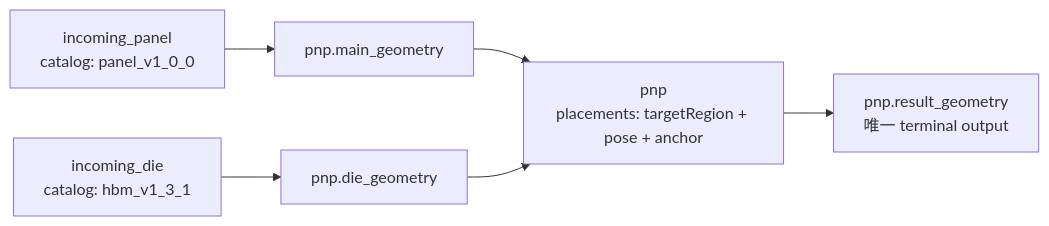
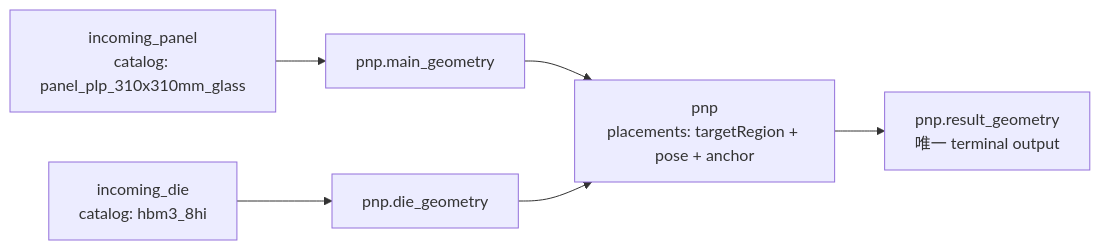
The second of 6 diagrams in docs/data-model.md (henry861010/process_flow_v2), drawn with Mermaid before and after one commit. The commit also changed other lines of this file and 34 other files, not shown here.

````diff
--- a/docs/data-model.md
+++ b/docs/data-model.md
@@ -124,8 +124,8 @@
 ```mermaid
 flowchart LR
-  Panel["incoming_panel<br/>catalog: panel_v1_0_0"] --> Main["pnp.main_geometry"]
-  Die["incoming_die<br/>catalog: hbm_v1_3_1"] --> Aux["pnp.die_geometry"]
+  Panel["incoming_panel<br/>catalog: panel_plp_310x310mm_glass"] --> Main["pnp.main_geometry"]
+  Die["incoming_die<br/>catalog: hbm3_8hi"] --> Aux["pnp.die_geometry"]
   Main --> PnP["pnp<br/>placements: targetRegion + pose + anchor"]
   Aux --> PnP
   PnP --> Result["pnp.result_geometry<br/>唯一 terminal output"]
 ```
````
